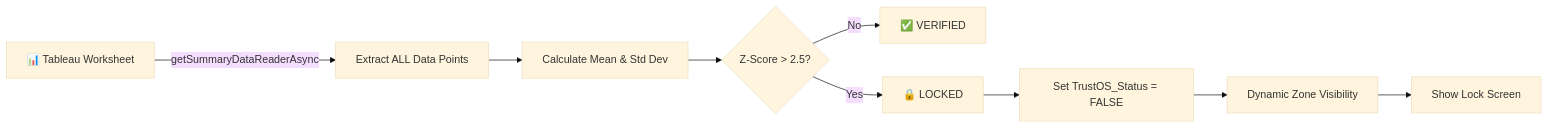
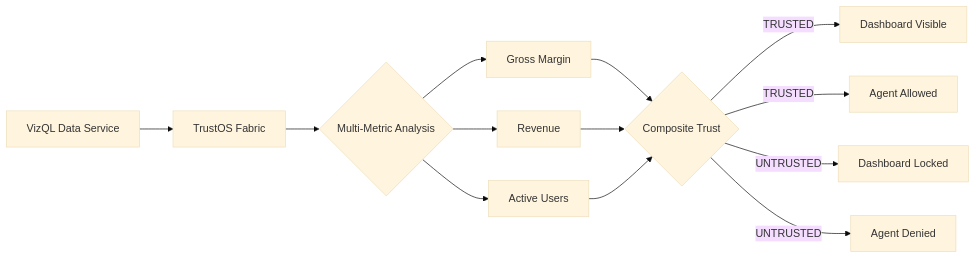
Before and after one commit to t6harsh/TrustOS-Tableau: the diagram in README.md, drawn with Mermaid (base theme). The commit also changed other lines of this file and 3 other files, not shown here.

Commit message:
Decision Trust Fabric: Updated README, professional language, trust timeline prep

````diff
--- a/README.md
+++ b/README.md
@@ -84,11 +232,15 @@
 ```mermaid
 flowchart LR
-    A[📊 Tableau Worksheet] -->|getSummaryDataReaderAsync| B[Extract ALL Data Points]
-    B --> C[Calculate Mean & Std Dev]
-    C --> D{Z-Score > 2.5?}
-    D -->|No| E[✅ VERIFIED]
-    D -->|Yes| F[🔒 LOCKED]
-    F --> G[Set TrustOS_Status = FALSE]
-    G --> H[Dynamic Zone Visibility]
-    H --> I[Show Lock Screen]
+    A[VizQL Data Service] --> B[TrustOS Fabric]
+    B --> C{Multi-Metric Analysis}
+    C --> D[Gross Margin]
+    C --> E[Revenue]
+    C --> F[Active Users]
+    D --> G{Composite Trust}
+    E --> G
+    F --> G
+    G -->|TRUSTED| H[Dashboard Visible]
+    G -->|TRUSTED| I[Agent Allowed]
+    G -->|UNTRUSTED| J[Dashboard Locked]
+    G -->|UNTRUSTED| K[Agent Denied]
 ```
````
